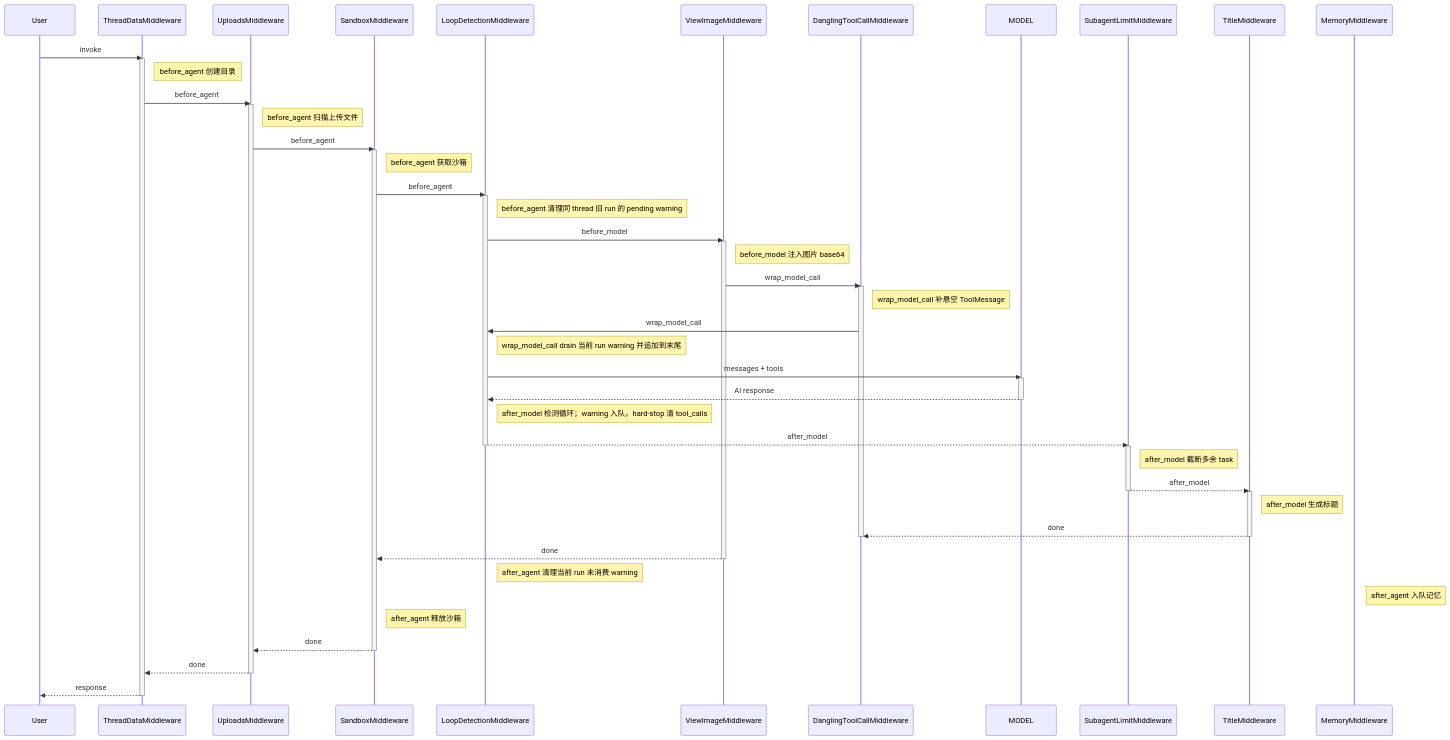
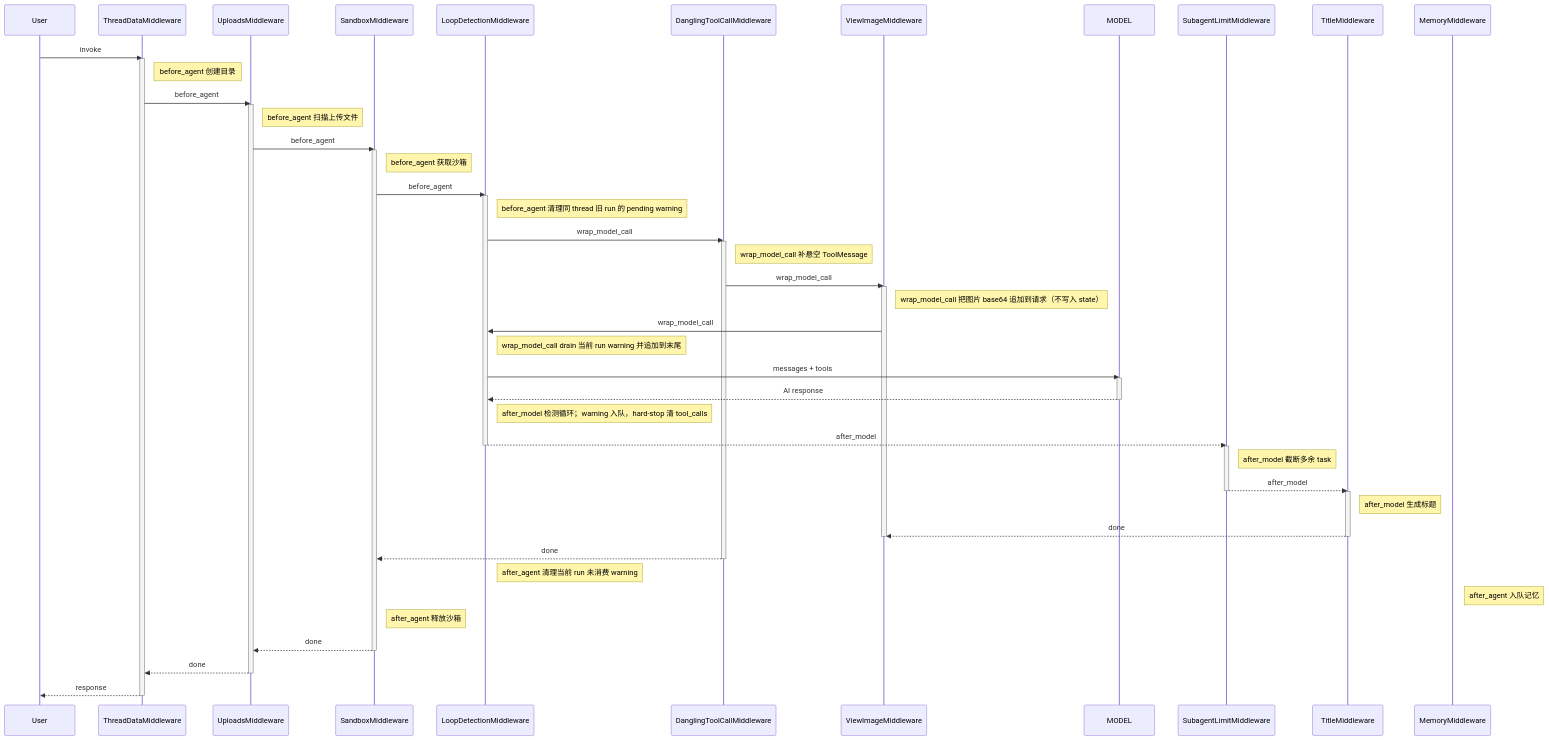
One commit to bytedance/deer-flow changed the second of 4 diagrams in backend/docs/middleware-execution-flow.md. Above: the diagram before and after it, drawn with Mermaid. The commit also changed other lines of this file and 5 other files, not shown here.

````diff
--- a/backend/docs/middleware-execution-flow.md
+++ b/backend/docs/middleware-execution-flow.md
@@ -87,76 +81,76 @@
 ```mermaid
 sequenceDiagram
     participant U as User
     participant TD as ThreadDataMiddleware
     participant UL as UploadsMiddleware
     participant SB as SandboxMiddleware
     participant LD as LoopDetectionMiddleware
+    participant DTC as DanglingToolCallMiddleware
     participant VI as ViewImageMiddleware
-    participant DTC as DanglingToolCallMiddleware
     participant M as MODEL
     participant SL as SubagentLimitMiddleware
     participant TI as TitleMiddleware
     participant MEM as MemoryMiddleware
 
     U ->> TD: invoke
     activate TD
     Note right of TD: before_agent 创建目录
 
     TD ->> UL: before_agent
     activate UL
     Note right of UL: before_agent 扫描上传文件
 
     UL ->> SB: before_agent
     activate SB
     Note right of SB: before_agent 获取沙箱
 
     SB ->> LD: before_agent
     activate LD
     Note right of LD: before_agent 清理同 thread 旧 run 的 pending warning
-    LD ->> VI: before_model
-    activate VI
-    Note right of VI: before_model 注入图片 base64
-
-    VI ->> DTC: wrap_model_call
+    LD ->> DTC: wrap_model_call
     activate DTC
     Note right of DTC: wrap_model_call 补悬空 ToolMessage
-    DTC ->> LD: wrap_model_call
+
+    DTC ->> VI: wrap_model_call
+    activate VI
+    Note right of VI: wrap_model_call 把图片 base64 追加到请求（不写入 state）
+    VI ->> LD: wrap_model_call
     Note right of LD: wrap_model_call drain 当前 run warning 并追加到末尾
     LD ->> M: messages + tools
     activate M
     M -->> LD: AI response
     deactivate M
 
     Note right of LD: after_model 检测循环；warning 入队，hard-stop 清 tool_calls
     LD -->> SL: after_model
     deactivate LD
 
     activate SL
     Note right of SL: after_model 截断多余 task
     SL -->> TI: after_model
     deactivate SL
 
     activate TI
     Note right of TI: after_model 生成标题
-    TI -->> DTC: done
+    TI -->> VI: done
     deactivate TI
 
+    deactivate VI
+
+    DTC -->> SB: done
     deactivate DTC
-
-    VI -->> SB: done
-    deactivate VI
 
     Note right of LD: after_agent 清理当前 run 未消费 warning
 
     Note right of MEM: after_agent 入队记忆
 
     Note right of SB: after_agent 释放沙箱
     SB -->> UL: done
     deactivate SB
 
     UL -->> TD: done
     deactivate UL
 
     TD -->> U: response
     deactivate TD
 ```
````
